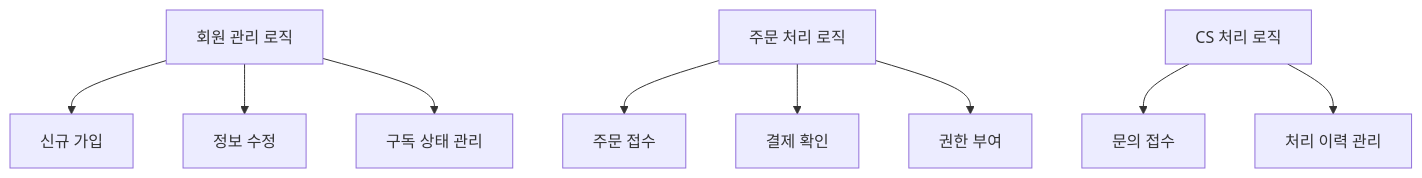
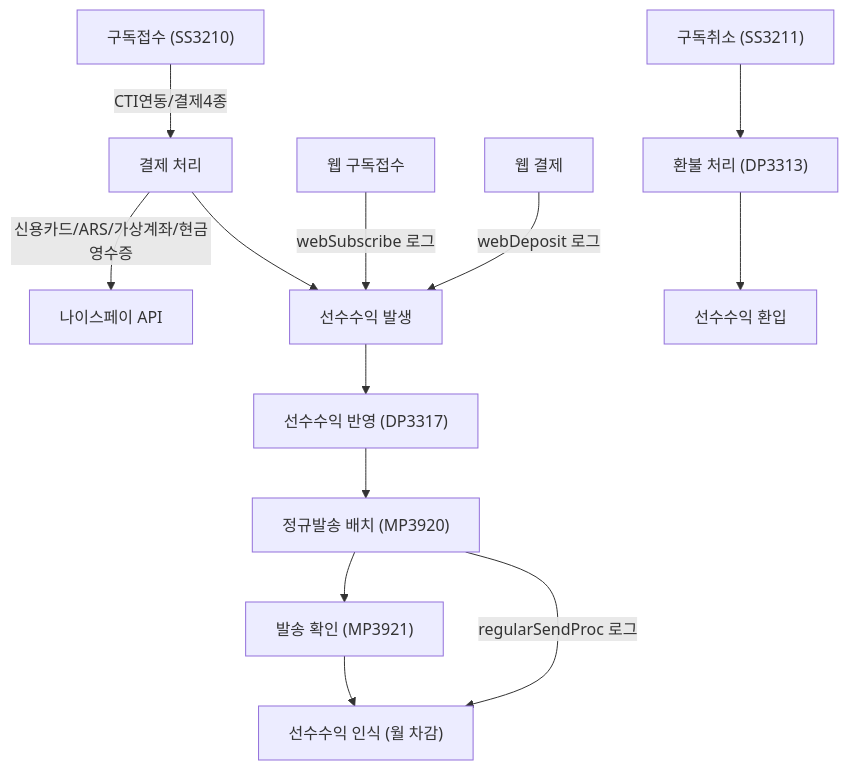
The third of 6 diagrams in src/content/docs/goodthinking-isp/02-analysis/system-diagnosis.md (sknkwoxs/manual-book), drawn with Mermaid before and after one commit. The commit also changed other lines of this file and 3 other files, not shown here.

````diff
--- a/src/content/docs/goodthinking-isp/02-analysis/system-diagnosis.md
+++ b/src/content/docs/goodthinking-isp/02-analysis/system-diagnosis.md
@@ -158,27 +269,17 @@
 ```mermaid
 graph TD
-    A["회원 관리 로직"]
-    A1["신규 가입"]
-    A2["정보 수정"]
-    A3["구독 상태 관리"]
+    A["구독접수 (SS3210)"] -->|"CTI연동/결제4종"| B["결제 처리"]
+    B -->|"신용카드/ARS/가상계좌/현금영수증"| C["나이스페이 API"]
+    B --> D["선수수익 발생"]
+    D --> E["선수수익 반영 (DP3317)"]
+    E --> F["정규발송 배치 (MP3920)"]
+    F --> G["발송 확인 (MP3921)"]
+    G --> H["선수수익 인식 (월 차감)"]
     
-    B["주문 처리 로직"]
-    B1["주문 접수"]
-    B2["결제 확인"]
-    B3["권한 부여"]
+    I["웹 구독접수"] -->|"webSubscribe 로그"| D
+    J["웹 결제"] -->|"webDeposit 로그"| D
+    F -->|"regularSendProc 로그"| H
     
-    C["CS 처리 로직"]
-    C1["문의 접수"]
-    C2["처리 이력 관리"]
-    
-    A --> A1
-    A --> A2
-    A --> A3
-    
-    B --> B1
-    B --> B2
-    B --> B3
-    
-    C --> C1
-    C --> C2
+    K["구독취소 (SS3211)"] --> L["환불 처리 (DP3313)"]
+    L --> M["선수수익 환입"]
 ```
````
